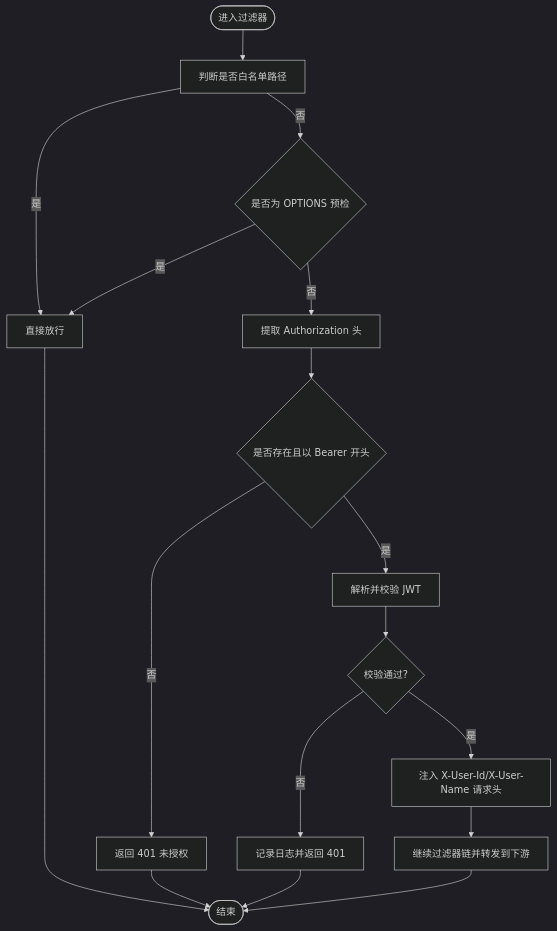
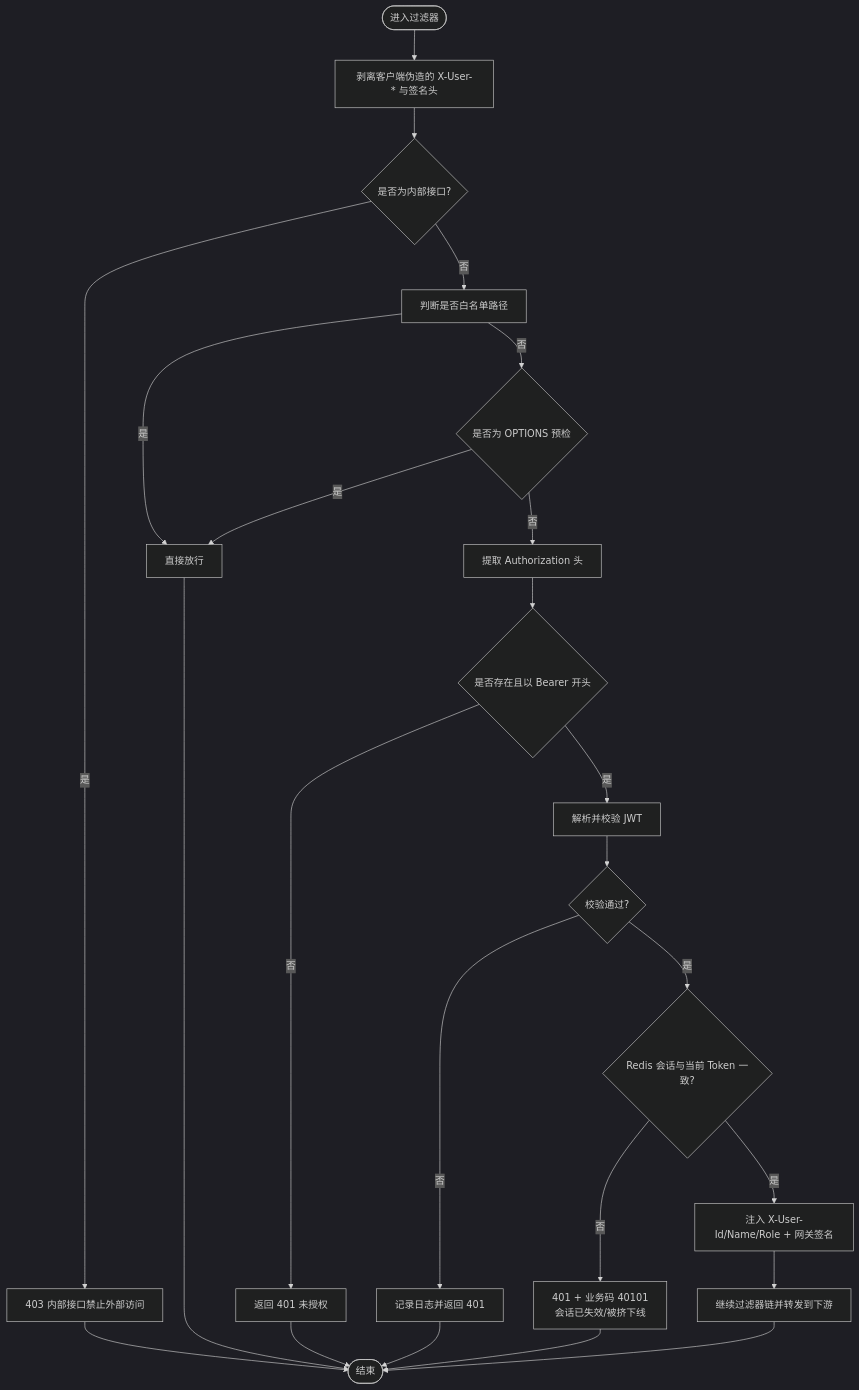
One commit to haohailiang/qoder-fullstack changed the third of 6 diagrams in .qoder/repowiki/zh/content/后端架构设计/API网关.md. Above: the diagram before and after it, drawn with Mermaid (dark theme). The commit also changed other lines of this file and 33 other files, not shown here.

````diff
--- a/.qoder/repowiki/zh/content/后端架构设计/API网关.md
+++ b/.qoder/repowiki/zh/content/后端架构设计/API网关.md
@@ -126,19 +138,26 @@
 ```mermaid
 flowchart TD
-Start(["进入过滤器"]) --> CheckPath["判断是否白名单路径"]
+Start(["进入过滤器"]) --> Strip["剥离客户端伪造的 X-User-* 与签名头"]
+Strip --> Internal{"是否为内部接口?"}
+Internal --> |是| Return403["403 内部接口禁止外部访问"]
+Internal --> |否| CheckPath["判断是否白名单路径"]
 CheckPath --> |是| PassThrough["直接放行"]
 CheckPath --> |否| CheckOptions{"是否为 OPTIONS 预检"}
 CheckOptions --> |是| PassThrough
 CheckOptions --> |否| ExtractAuth["提取 Authorization 头"]
 ExtractAuth --> HasHeader{"是否存在且以 Bearer 开头"}
 HasHeader --> |否| Return401["返回 401 未授权"]
 HasHeader --> |是| ParseJWT["解析并校验 JWT"]
 ParseJWT --> Valid{"校验通过?"}
 Valid --> |否| HandleError["记录日志并返回 401"]
-Valid --> |是| InjectHeaders["注入 X-User-Id/X-User-Name 请求头"]
+Valid --> |是| Session{"Redis 会话与当前 Token 一致?"}
+Session --> |否| Return40101["401 + 业务码 40101<br/>会话已失效/被挤下线"]
+Session --> |是| InjectHeaders["注入 X-User-Id/Name/Role + 网关签名"]
 InjectHeaders --> Chain["继续过滤器链并转发到下游"]
 PassThrough --> End(["结束"])
 Return401 --> End
+Return40101 --> End
+Return403 --> End
 HandleError --> End
 Chain --> End
 ```
````
